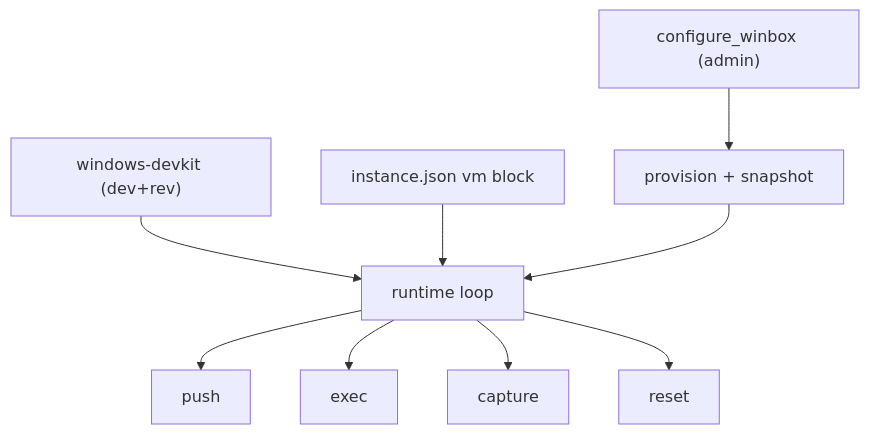
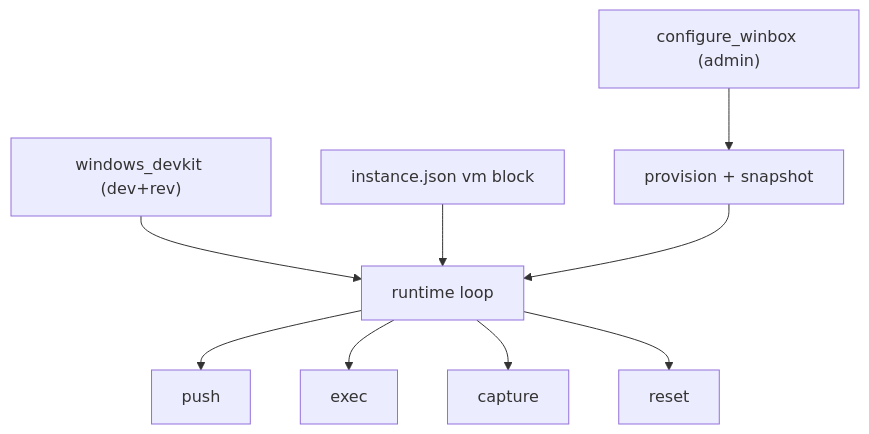
One commit to jedbjorn/subfloor changed the diagram in docs/windows-test-vm.md. Above: the diagram before and after it, drawn with Mermaid. The commit also changed other lines of this file and 3 other files, not shown here.

First line of the commit message:
refactor(vm): rename skill windows-devkit → windows_devkit

````diff
--- a/docs/windows-test-vm.md
+++ b/docs/windows-test-vm.md
@@ -42,11 +42,11 @@
 ```mermaid
 graph TD
   AD["configure_winbox (admin)"]:::class4 --> PROV["provision + snapshot"]:::class4
-  G["windows-devkit (dev+rev)"]:::class1 --> R["runtime loop"]:::class3
+  G["windows_devkit (dev+rev)"]:::class1 --> R["runtime loop"]:::class3
   C["instance.json vm block"]:::class1 --> R
   PROV --> R
   R --> P["push"]:::class3
   R --> E["exec"]:::class3
   R --> A["capture"]:::class3
   R --> X["reset"]:::class3
 ```
````
